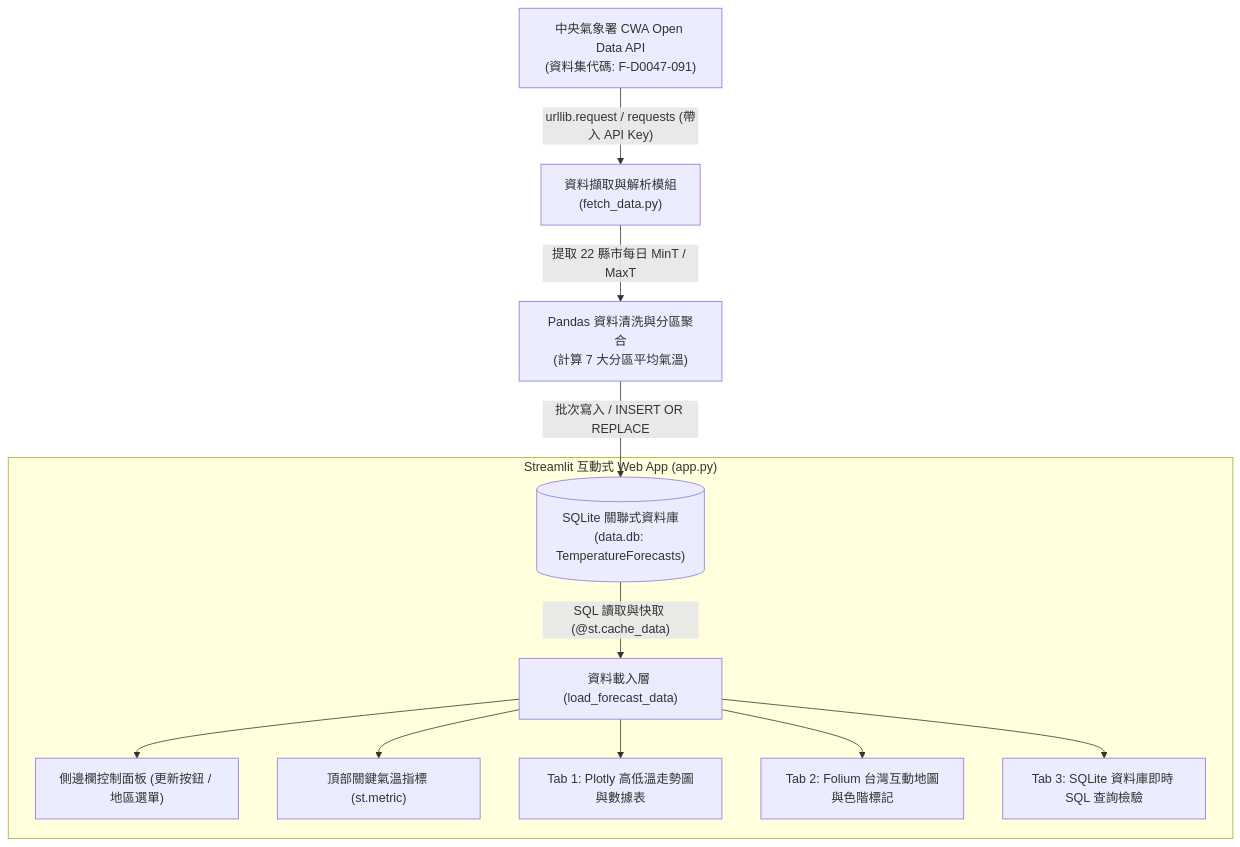
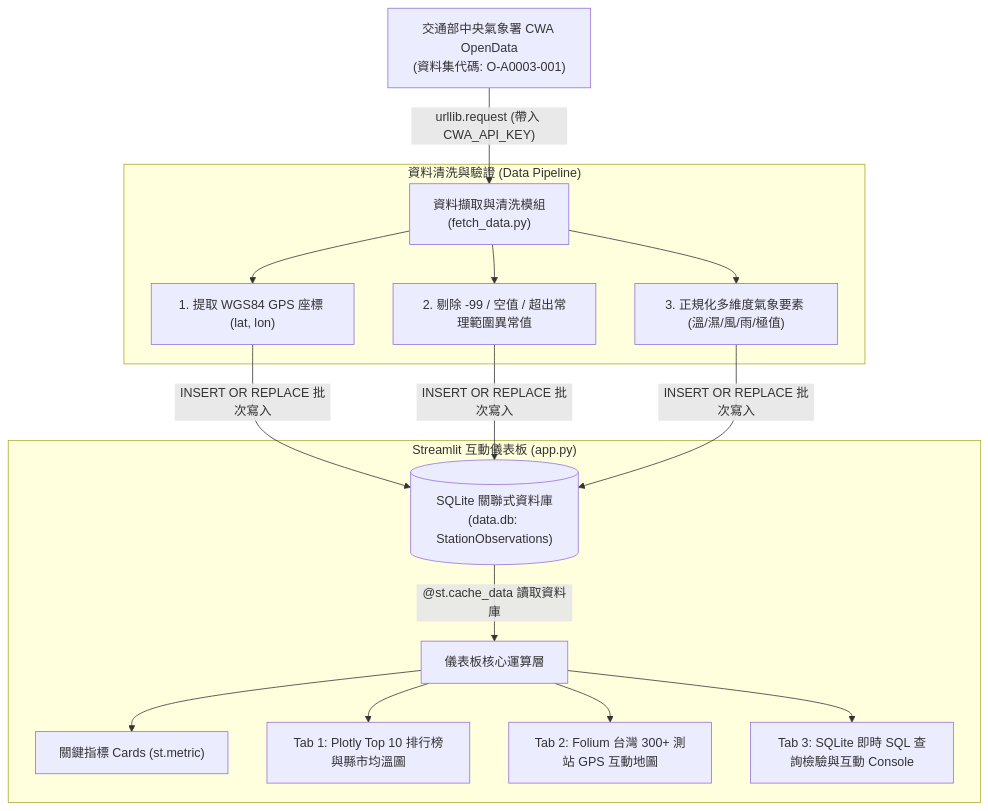
Before and after one commit to Jurass4207/AIoT_L3_CWA_HW1: the diagram in README.md, drawn with Mermaid. The commit also changed other lines of this file and 3 other files, not shown here.

Commit message:
feat: upgrade to CWA O-A0003-001 real-time station observation with 330+ stations map and rankings

````diff
--- a/README.md
+++ b/README.md
@@ -41,15 +55,20 @@
 ```mermaid
 flowchart TD
-    A["中央氣象署 CWA Open Data API<br/>(資料集代碼: F-D0047-091)"] -->|"urllib.request / requests (帶入 API Key)"| B["資料擷取與解析模組<br/>(fetch_data.py)"]
-    B -->|"提取 22 縣市每日 MinT / MaxT"| C["Pandas 資料清洗與分區聚合<br/>(計算 7 大分區平均氣溫)"]
-    C -->|"批次寫入 / INSERT OR REPLACE"| D[("SQLite 關聯式資料庫<br/>(data.db: TemperatureForecasts)")]
+    A["交通部中央氣象署 CWA OpenData<br/>(資料集代碼: O-A0003-001)"] -->|"urllib.request (帶入 CWA_API_KEY)"| B["資料擷取與清洗模組<br/>(fetch_data.py)"]
     
-    subgraph Streamlit_App ["Streamlit 互動式 Web App (app.py)"]
-        D -->|"SQL 讀取與快取 (@st.cache_data)"| E["資料載入層 (load_forecast_data)"]
-        E --> F["側邊欄控制面板 (更新按鈕 / 地區選單)"]
-        E --> G["頂部關鍵氣溫指標 (st.metric)"]
-        E --> H["Tab 1: Plotly 高低溫走勢圖與數據表"]
-        E --> I["Tab 2: Folium 台灣互動地圖與色階標記"]
-        E --> J["Tab 3: SQLite 資料庫即時 SQL 查詢檢驗"]
+    subgraph Data_Pipeline ["資料清洗與驗證 (Data Pipeline)"]
+        B --> C["1. 提取 WGS84 GPS 座標 (lat, lon)"]
+        B --> D["2. 剔除 -99 / 空值 / 超出常理範圍異常值"]
+        B --> E["3. 正規化多維度氣象要素 (溫/濕/風/雨/極值)"]
+    end
+
+    C & D & E -->|"INSERT OR REPLACE 批次寫入"| F[("SQLite 關聯式資料庫<br/>(data.db: StationObservations)")]
+
+    subgraph Dashboard ["Streamlit 互動儀表板 (app.py)"]
+        F -->|"@st.cache_data 讀取資料庫"| G["儀表板核心運算層"]
+        G --> H["關鍵指標 Cards (st.metric)"]
+        G --> I["Tab 1: Plotly Top 10 排行榜與縣市均溫圖"]
+        G --> J["Tab 2: Folium 台灣 300+ 測站 GPS 互動地圖"]
+        G --> K["Tab 3: SQLite 即時 SQL 查詢檢驗與互動 Console"]
     end
 ```
````
